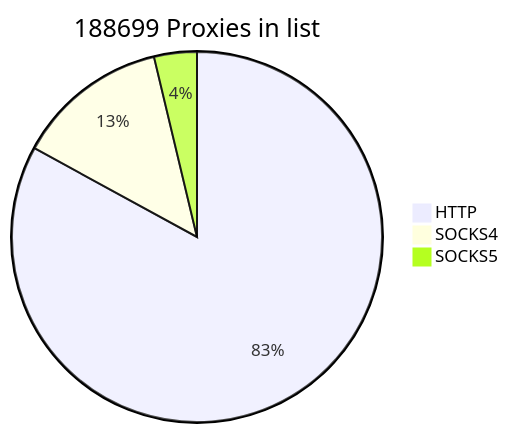
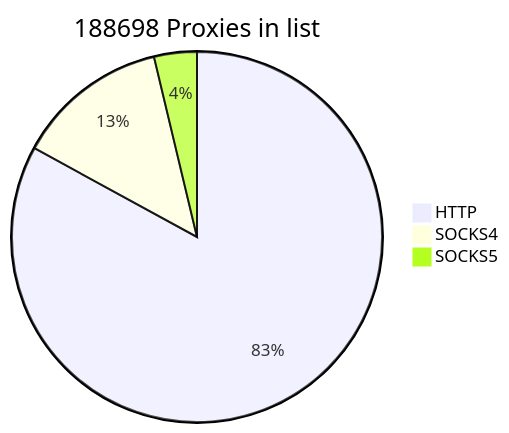
One commit to cutipu/proxylist changed the first of 2 diagrams in README.md. Above: the diagram before and after it, drawn with Mermaid. The commit also changed other lines of this file, not shown here.

````diff
--- a/README.md
+++ b/README.md
@@ -2,7 +2,7 @@
 ```mermaid
-pie title 188699 Proxies in list
-    "HTTP" : 156554
+pie title 188698 Proxies in list
+    "HTTP" : 156553
     "SOCKS4" : 25101
     "SOCKS5" : 7044
             
 ```
````
